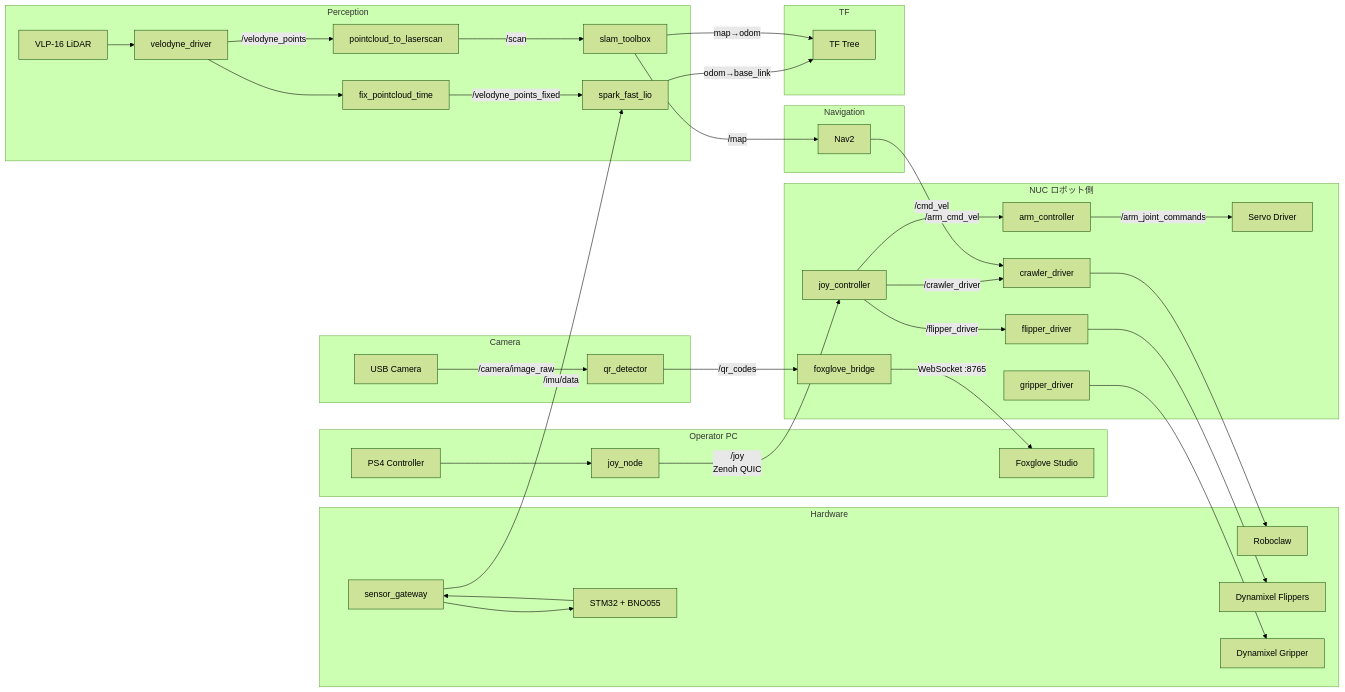
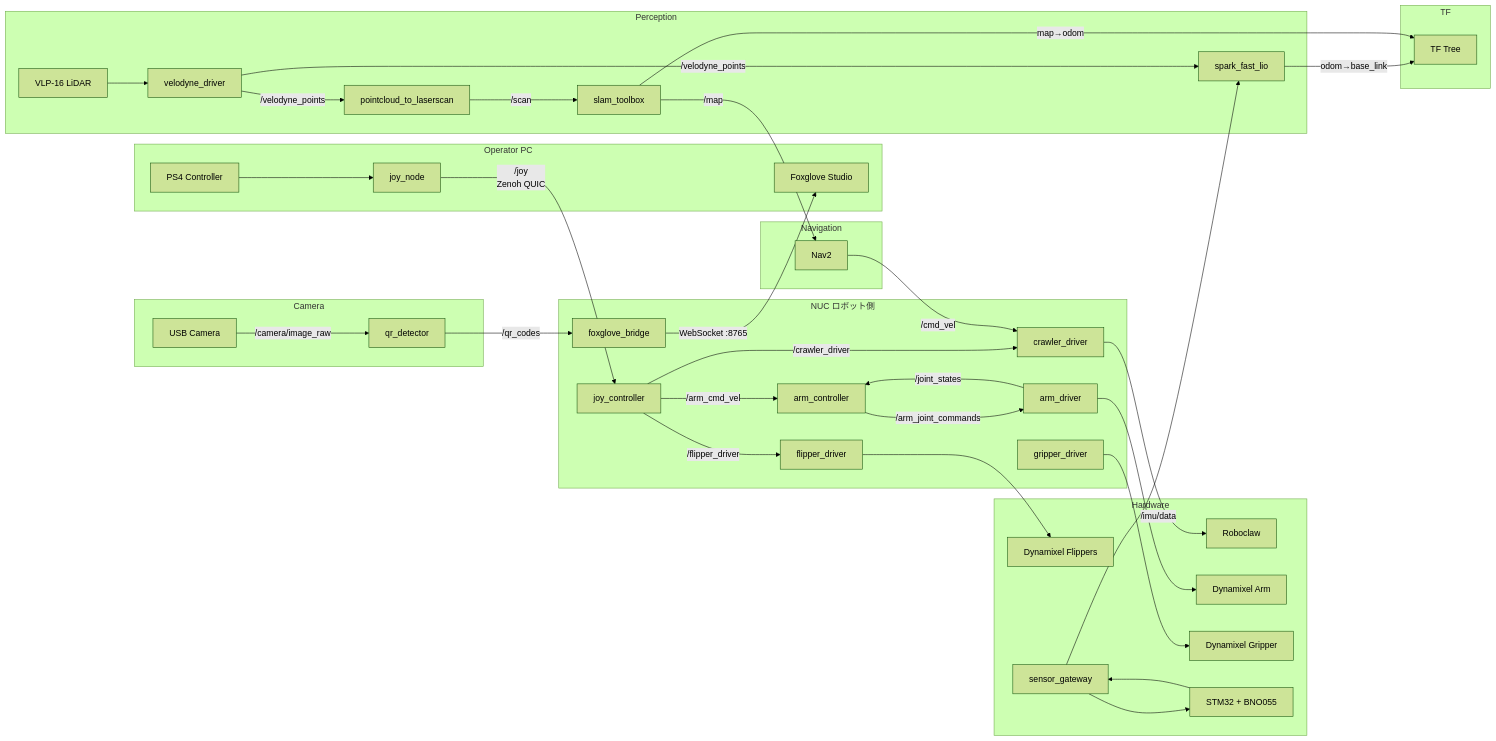
The diagram in docs/ARCHITECTURE.md (lazytatzv/rustacean_roborescue), drawn with Mermaid (forest theme) before and after one commit. The commit also changed other lines of this file and 56 other files, not shown here.

````diff
--- a/docs/ARCHITECTURE.md
+++ b/docs/ARCHITECTURE.md
@@ -760,49 +877,50 @@
 ```mermaid
 graph LR
   subgraph Operator PC
     PS4[PS4 Controller] --> joy_node
     Foxglove[Foxglove Studio]
   end
 
   joy_node -->|/joy<br>Zenoh QUIC| joy_controller
   foxglove_bridge -->|WebSocket :8765| Foxglove
 
   subgraph NUC[NUC ロボット側]
     foxglove_bridge[foxglove_bridge]
     joy_controller -->|/crawler_driver| crawler_driver
     joy_controller -->|/flipper_driver| flipper_driver
     joy_controller -->|/arm_cmd_vel| arm_controller
-    arm_controller -->|/arm_joint_commands| servo_driver[Servo Driver]
+    arm_controller -->|/arm_joint_commands| arm_driver[arm_driver]
+    arm_driver -->|/joint_states| arm_controller
     gripper_driver
   end
 
   subgraph Hardware
     crawler_driver --> Roboclaw
     flipper_driver --> Dynamixel_F[Dynamixel Flippers]
+    arm_driver --> Dynamixel_A[Dynamixel Arm]
     gripper_driver --> Dynamixel_G[Dynamixel Gripper]
     sensor_gateway --> STM32[STM32 + BNO055]
   end
 
   subgraph Perception
-    VLP16[VLP-16 LiDAR] --> velodyne_driver --> fix_time[fix_pointcloud_time]
-    fix_time -->|/velodyne_points_fixed| spark_fast_lio
+    VLP16[VLP-16 LiDAR] --> velodyne_driver -->|/velodyne_points| spark_fast_lio
     STM32 --> sensor_gateway -->|/imu/data| spark_fast_lio
     velodyne_driver -->|/velodyne_points| p2l[pointcloud_to_laserscan]
     p2l -->|/scan| slam_toolbox
   end
 
   subgraph Navigation
     slam_toolbox -->|/map| Nav2
     Nav2 -->|/cmd_vel| crawler_driver
   end
 
   subgraph Camera
     USB_CAM[USB Camera] -->|/camera/image_raw| qr_detector
     qr_detector -->|/qr_codes| foxglove_bridge
   end
 
   subgraph TF
     spark_fast_lio -->|odom→base_link| tf_tree[TF Tree]
     slam_toolbox -->|map→odom| tf_tree
   end
 ```
````
